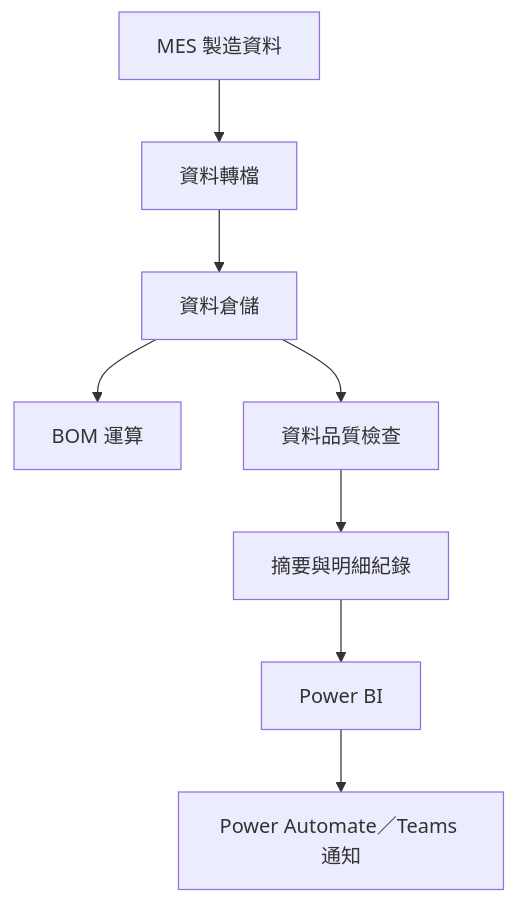
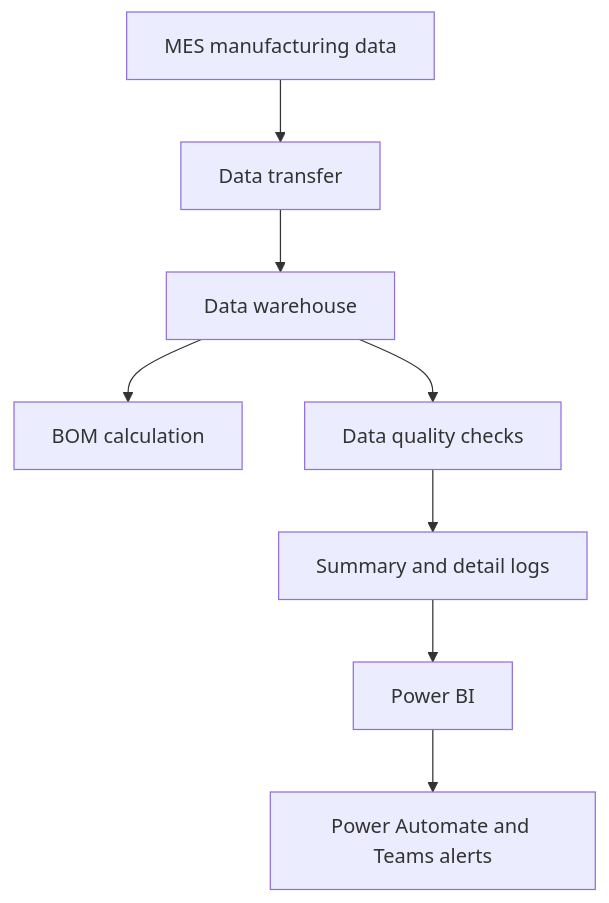
The diagram in README.md (ChienChienChien/Manufacturing_Data_Quality_Monitoring), drawn with Mermaid before and after one commit. The commit also changed other lines of this file, not shown here.

````diff
--- a/README.md
+++ b/README.md
@@ -42,10 +42,10 @@
 ```mermaid
 flowchart TB
-    A["MES 製造資料"] --> B["資料轉檔"]
-    B --> C["資料倉儲"]
-    C --> D["BOM 運算"]
-    C --> E["資料品質檢查"]
-    E --> F["摘要與明細紀錄"]
+    A["MES manufacturing data"] --> B["Data transfer"]
+    B --> C["Data warehouse"]
+    C --> D["BOM calculation"]
+    C --> E["Data quality checks"]
+    E --> F["Summary and detail logs"]
     F --> G["Power BI"]
-    G --> H["Power Automate／Teams 通知"]
+    G --> H["Power Automate and Teams alerts"]
 ```
````
